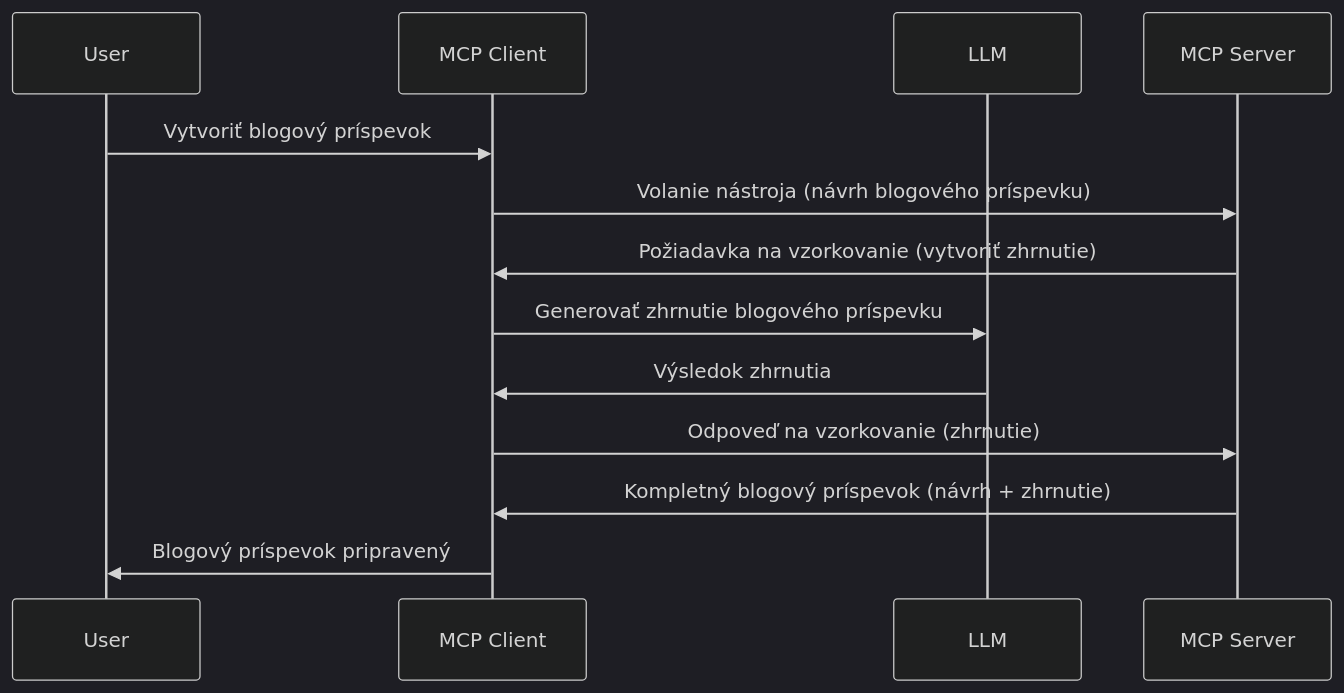
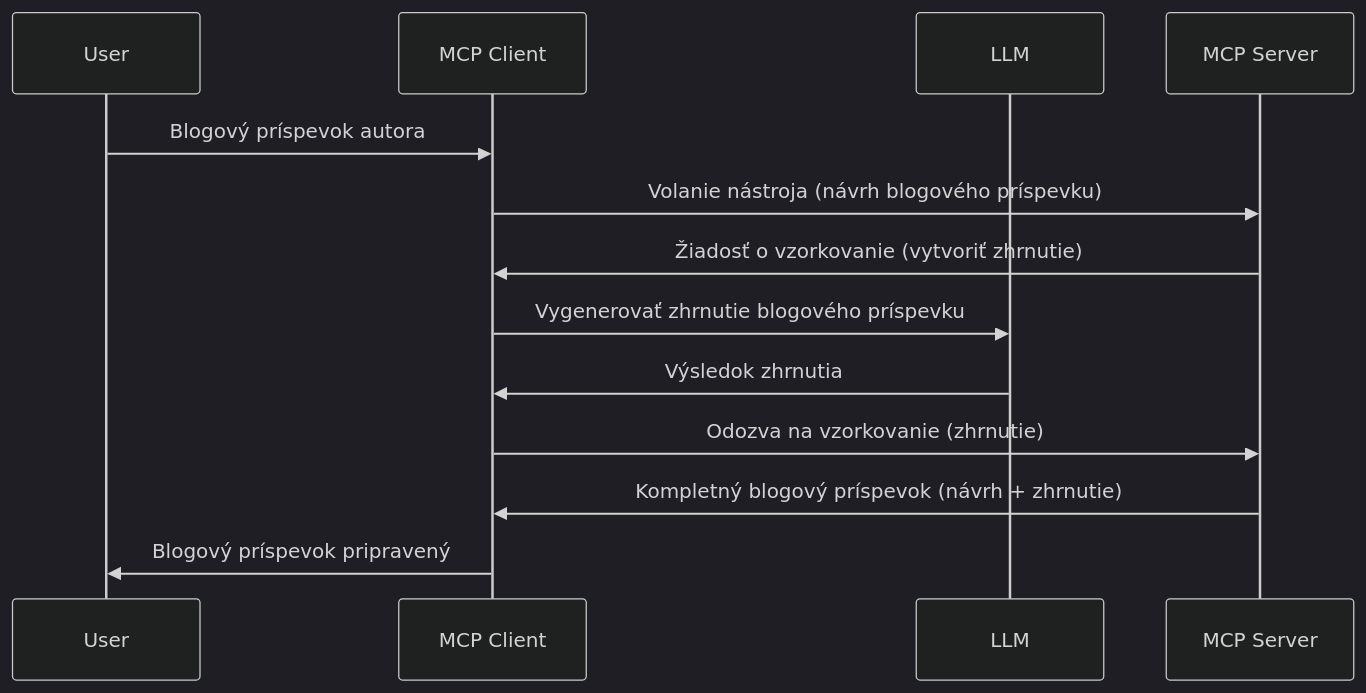
One commit to HIDORAKAI002/ai-workspace-archive changed the diagram in mcp_ecosystem__model_context_protocol/mcp_learning_resources/mcp-for-beginners/translations/sk/03-GettingStarted/14-sampling/README.md. Above: the diagram before and after it, drawn with Mermaid (dark theme). The commit also changed other lines of this file and 1046 other files, not shown here.

````diff
--- a/mcp_ecosystem__model_context_protocol/mcp_learning_resources/mcp-for-beginners/translations/sk/03-GettingStarted/14-sampling/README.md
+++ b/mcp_ecosystem__model_context_protocol/mcp_learning_resources/mcp-for-beginners/translations/sk/03-GettingStarted/14-sampling/README.md
@@ -23,16 +25,16 @@
 ```mermaid
 sequenceDiagram
     participant User
     participant MCP Client
     participant LLM
     participant MCP Server
 
-    User->>MCP Client: Vytvoriť blogový príspevok
+    User->>MCP Client: Blogový príspevok autora
     MCP Client->>MCP Server: Volanie nástroja (návrh blogového príspevku)
-    MCP Server->>MCP Client: Požiadavka na vzorkovanie (vytvoriť zhrnutie)
-    MCP Client->>LLM: Generovať zhrnutie blogového príspevku
+    MCP Server->>MCP Client: Žiadosť o vzorkovanie (vytvoriť zhrnutie)
+    MCP Client->>LLM: Vygenerovať zhrnutie blogového príspevku
     LLM->>MCP Client: Výsledok zhrnutia
-    MCP Client->>MCP Server: Odpoveď na vzorkovanie (zhrnutie)
+    MCP Client->>MCP Server: Odozva na vzorkovanie (zhrnutie)
     MCP Server->>MCP Client: Kompletný blogový príspevok (návrh + zhrnutie)
     MCP Client->>User: Blogový príspevok pripravený
 ```
````
